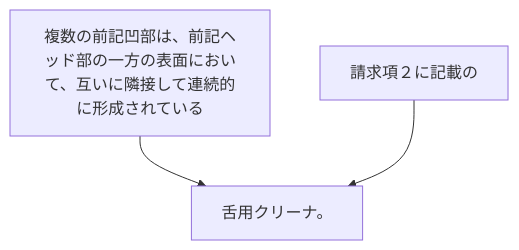
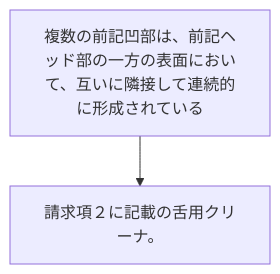
The diagram in 2024/JP2024005430A/claim_3/README.md (shinmori55/patent_analyzed), drawn with Mermaid before and after one commit. The commit also changed 31 other files, not shown here.

````diff
--- a/2024/JP2024005430A/claim_3/README.md
+++ b/2024/JP2024005430A/claim_3/README.md
@@ -3,8 +3,6 @@
 ```mermaid
 flowchart TD
 A[複数の前記凹部は、前記ヘッド部の一方の表面において、互いに隣接して連続的に形成されている]
-B[請求項２に記載の]
-C[舌用クリーナ。]
-A --> C
-B --> C
+B[請求項２に記載の舌用クリーナ。]
+A --> B
 ```
````
